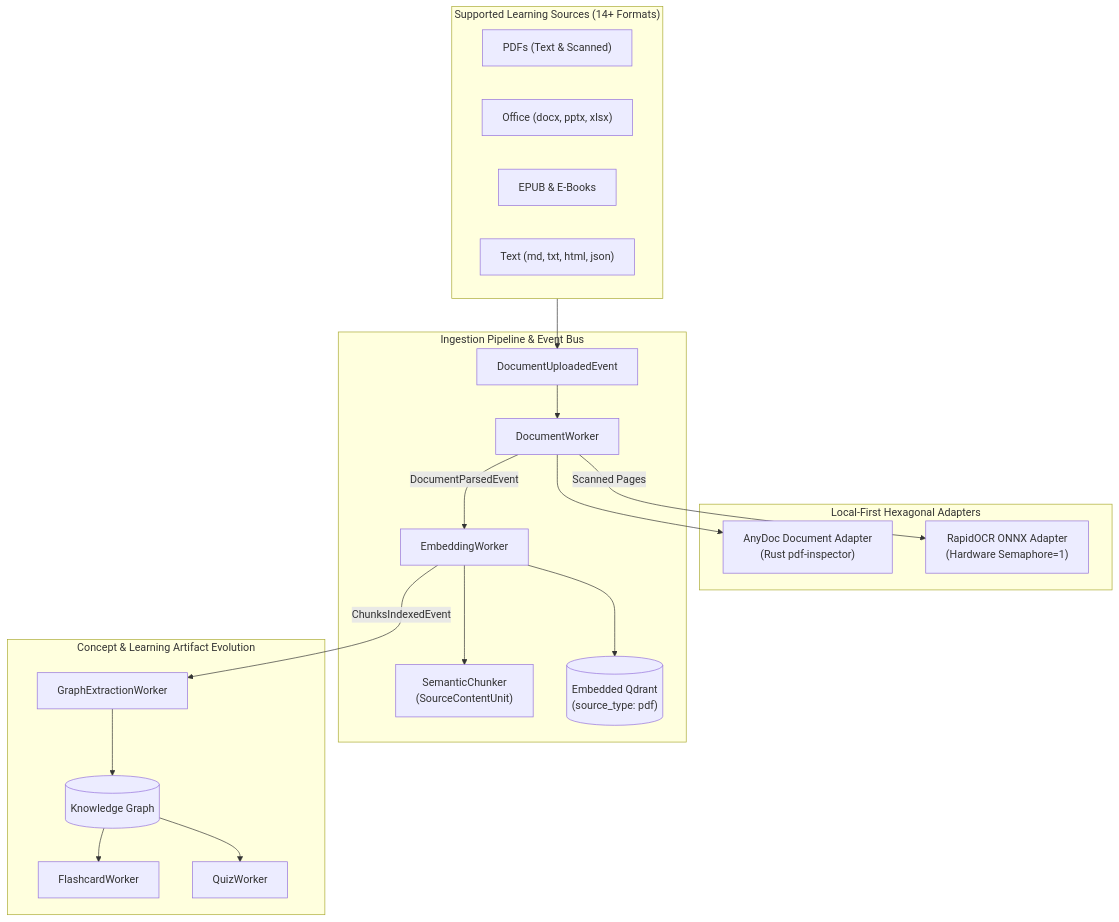
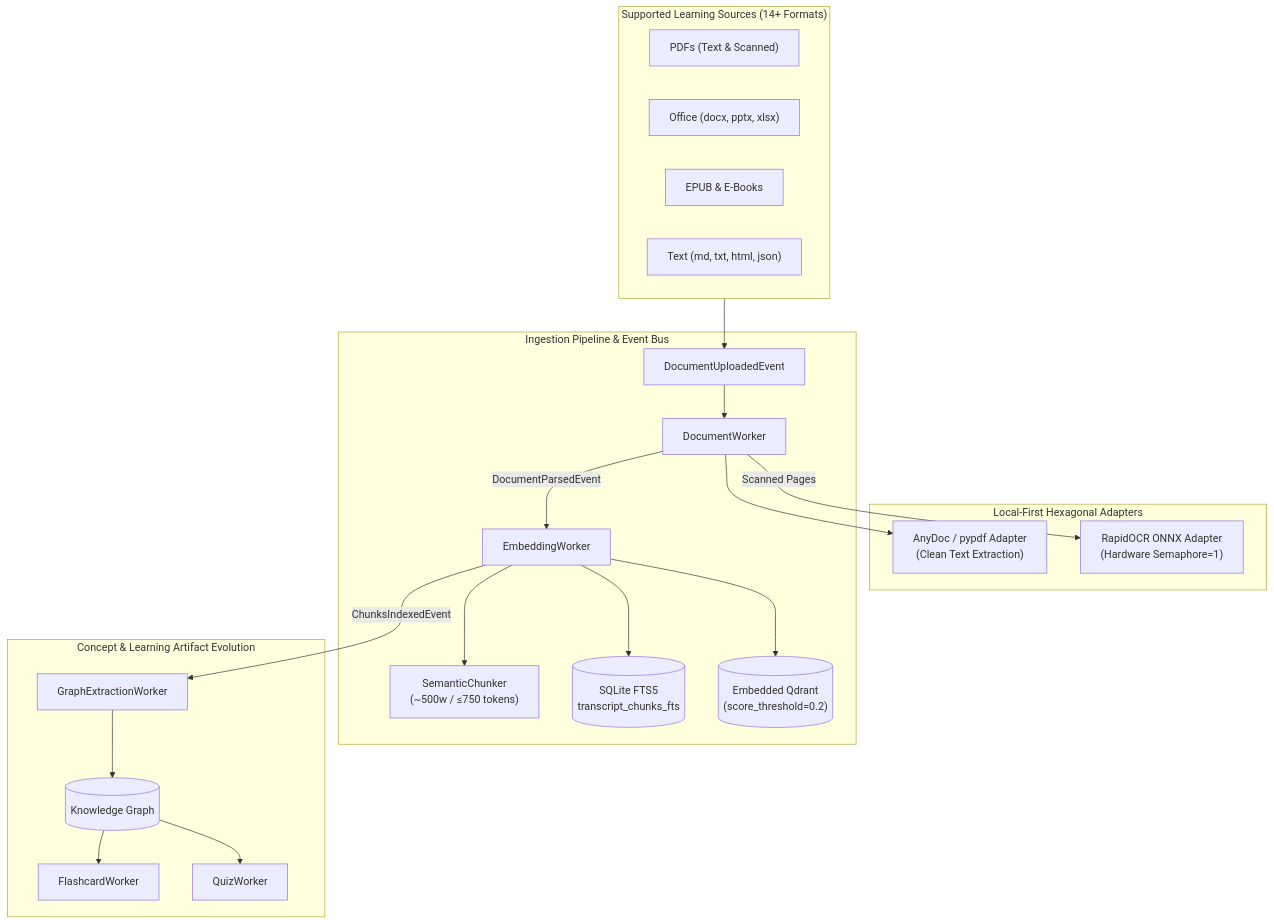
The diagram in docs/DOCUMENT_INGESTION_ARCHITECTURE.md (Famanias/athenus), drawn with Mermaid before and after one commit. The commit also changed other lines of this file and 2 other files, not shown here.

Commit message:
docs: update architecture source of truth for RAG reliability remediation and storage layers

````diff
--- a/docs/DOCUMENT_INGESTION_ARCHITECTURE.md
+++ b/docs/DOCUMENT_INGESTION_ARCHITECTURE.md
@@ -11,32 +11,33 @@
 ```mermaid
 graph TD
     subgraph SOURCES["Supported Learning Sources (14+ Formats)"]
         PDF["PDFs (Text & Scanned)"]
         OFFICE["Office (docx, pptx, xlsx)"]
         EPUB["EPUB & E-Books"]
         TEXT["Text (md, txt, html, json)"]
     end
 
     subgraph ADAPTERS["Local-First Hexagonal Adapters"]
-        ANYDOC["AnyDoc Document Adapter\n(Rust pdf-inspector)"]
+        ANYDOC["AnyDoc / pypdf Adapter\n(Clean Text Extraction)"]
         RAPID["RapidOCR ONNX Adapter\n(Hardware Semaphore=1)"]
     end
 
     subgraph WORKERS["Ingestion Pipeline & Event Bus"]
         DOC_EVENT["DocumentUploadedEvent"] --> WORKER["DocumentWorker"]
         WORKER --> ANYDOC
         WORKER -->|Scanned Pages| RAPID
         WORKER -->|DocumentParsedEvent| EMBED["EmbeddingWorker"]
-        EMBED --> CHUNKER["SemanticChunker\n(SourceContentUnit)"]
-        EMBED --> QDRANT[("Embedded Qdrant\n(source_type: pdf)")]
+        EMBED --> CHUNKER["SemanticChunker\n(~500w / ≤750 tokens)"]
+        EMBED --> FTS5[("SQLite FTS5\ntranscript_chunks_fts")]
+        EMBED --> QDRANT[("Embedded Qdrant\n(score_threshold=0.2)")]
     end
 
     subgraph DOWNSTREAM["Concept & Learning Artifact Evolution"]
         EMBED -->|ChunksIndexedEvent| GEW["GraphExtractionWorker"]
         GEW --> KG[("Knowledge Graph")]
         KG --> FLASH["FlashcardWorker"]
         KG --> QUIZ["QuizWorker"]
     end
 
     SOURCES --> DOC_EVENT
 ```
````
